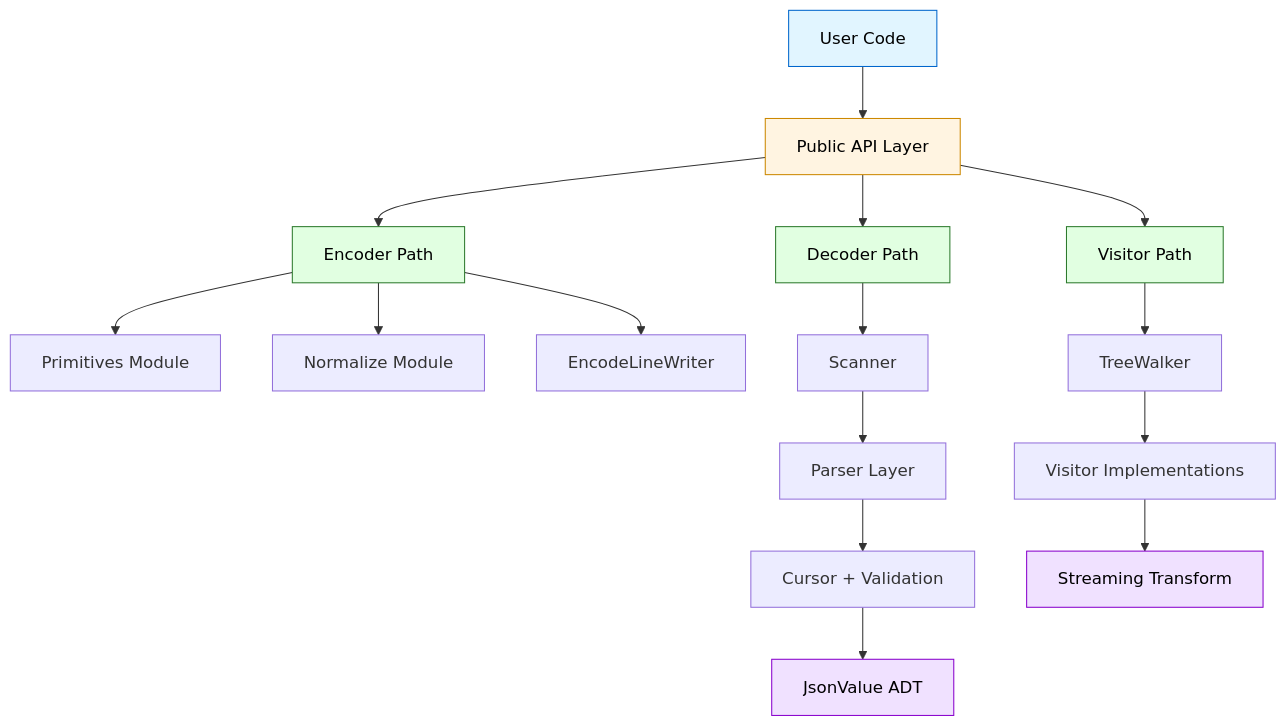
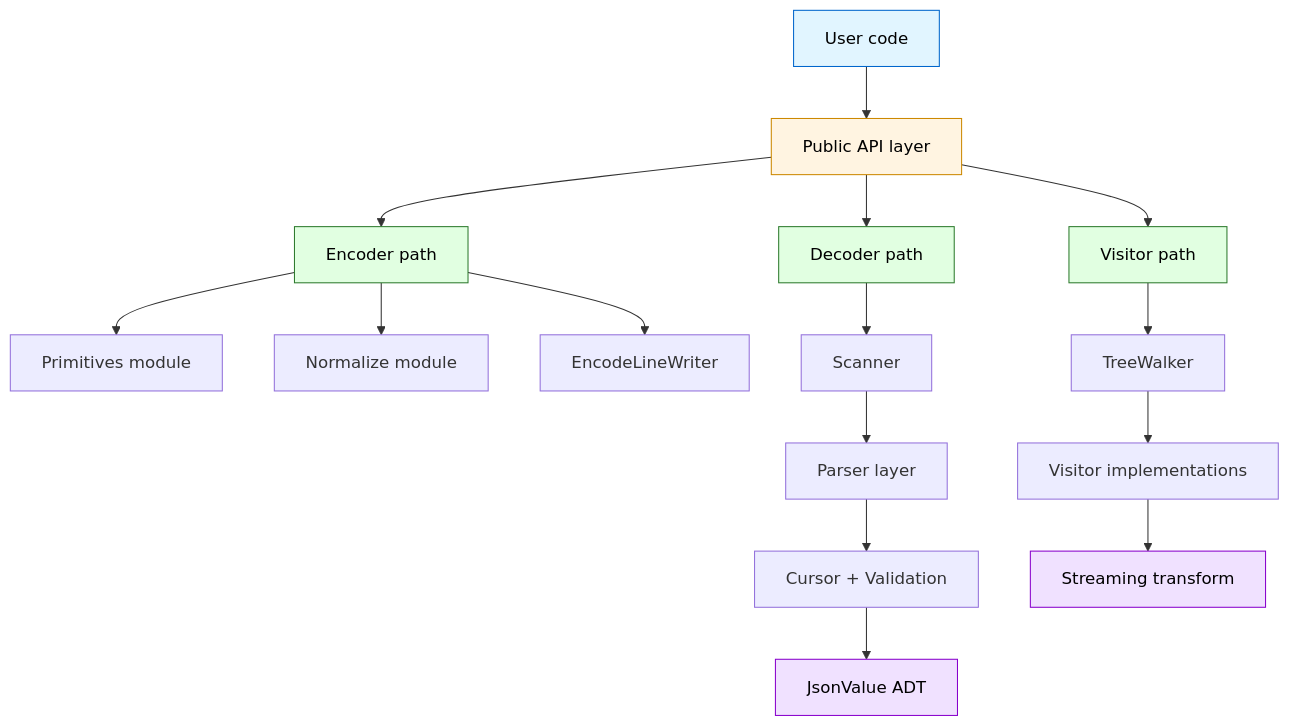
One commit to com-vitthalmirji/toon4s changed the first of 16 diagrams in README.md. Above: the diagram before and after it, drawn with Mermaid. The commit also changed other lines of this file, not shown here.

````diff
--- a/README.md
+++ b/README.md
@@ -75,24 +75,24 @@
 ```mermaid
 flowchart TD
-    USER["User Code"] --> API["Public API Layer"]
-    API --> ENCODE["Encoder Path"]
-    API --> DECODE["Decoder Path"]
-    API --> VISITOR["Visitor Path"]
-    ENCODE --> PRIMITIVES["Primitives Module"]
-    ENCODE --> NORM["Normalize Module"]
+    USER["User code"] --> API["Public API layer"]
+    API --> ENCODE["Encoder path"]
+    API --> DECODE["Decoder path"]
+    API --> VISITOR["Visitor path"]
+    ENCODE --> PRIMITIVES["Primitives module"]
+    ENCODE --> NORM["Normalize module"]
     ENCODE --> WRITER["EncodeLineWriter"]
     DECODE --> SCANNER["Scanner"]
-    SCANNER --> PARSER["Parser Layer"]
+    SCANNER --> PARSER["Parser layer"]
     PARSER --> CURSOR["Cursor + Validation"]
     CURSOR --> JSON["JsonValue ADT"]
     VISITOR --> TREEWALKER["TreeWalker"]
-    TREEWALKER --> VISITORS["Visitor Implementations"]
-    VISITORS --> TRANSFORM["Streaming Transform"]
+    TREEWALKER --> VISITORS["Visitor implementations"]
+    VISITORS --> TRANSFORM["Streaming transform"]
     style USER fill: #e1f5ff, stroke: #0066cc, color: #000
     style API fill: #fff4e1, stroke: #cc8800, color: #000
     style ENCODE fill: #e1ffe1, stroke: #2d7a2d, color: #000
     style DECODE fill: #e1ffe1, stroke: #2d7a2d, color: #000
     style VISITOR fill: #e1ffe1, stroke: #2d7a2d, color: #000
     style JSON fill: #f0e1ff, stroke: #8800cc, color: #000
     style TRANSFORM fill: #f0e1ff, stroke: #8800cc, color: #000
 ```
````
